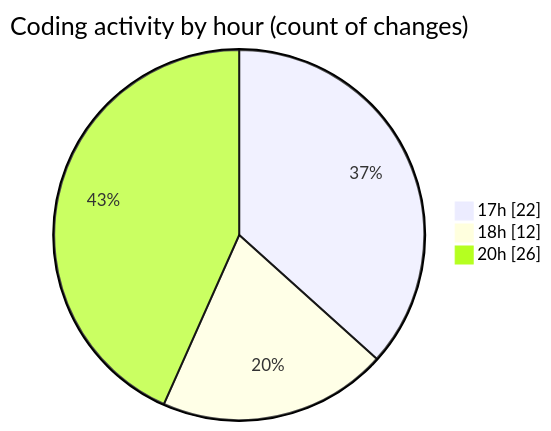
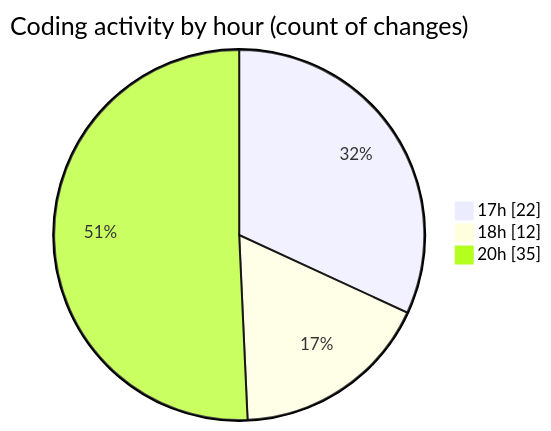
One commit to Netris89/code-tracking changed the second of 2 diagrams in 2025-10-30/skintrack/README.md. Above: the diagram before and after it, drawn with Mermaid. The commit also changed other lines of this file and 1 other file, not shown here.

````diff
--- a/2025-10-30/skintrack/README.md
+++ b/2025-10-30/skintrack/README.md
@@ -35,7 +36,7 @@
 ```mermaid
 pie showData
 title Coding activity by hour (count of changes)
 "17h" : 22
 "18h" : 12
-"20h" : 26
+"20h" : 35
 ```
````
